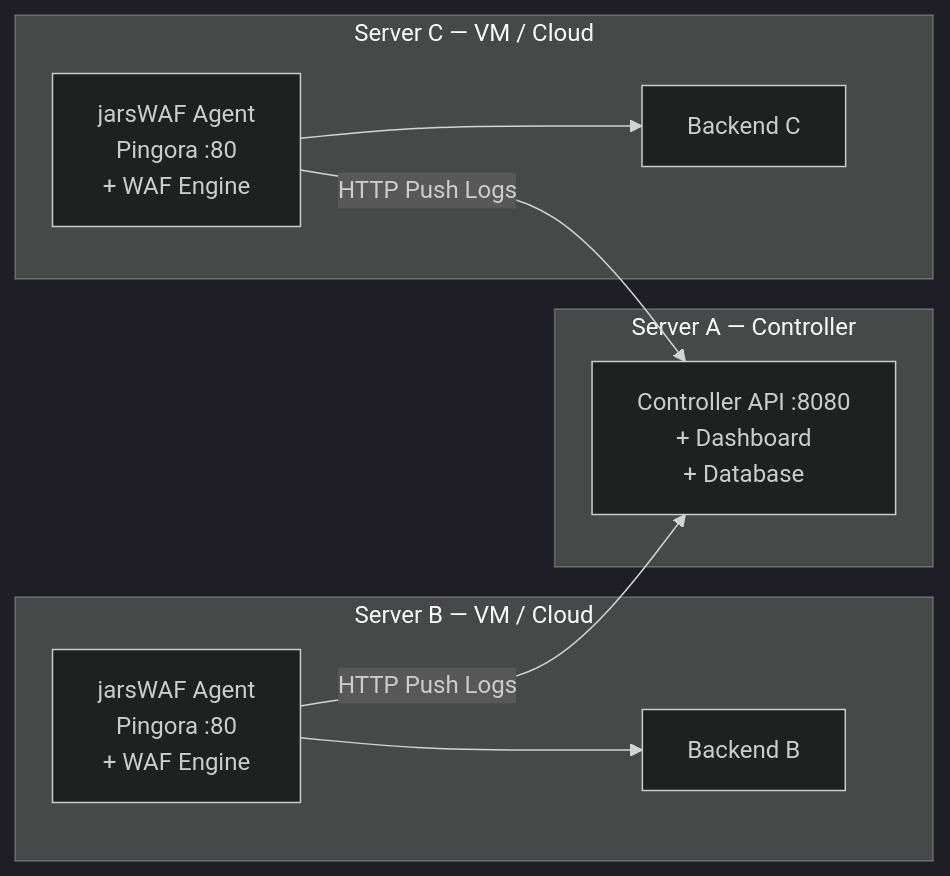
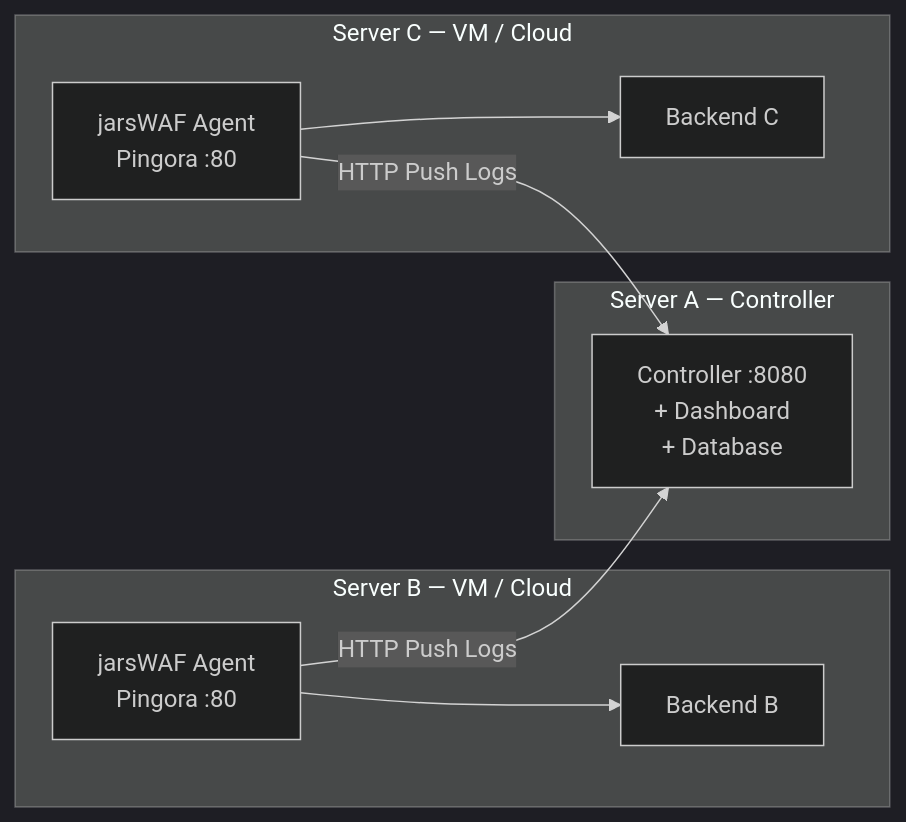
Before and after one commit to Azhar457/jarswaf: the third of 3 diagrams in README.md, drawn with Mermaid (dark theme). The commit also changed other lines of this file, not shown here.

Commit message:
fix: Mermaid syntax — use quoted labels + <br> instead of <br/>

````diff
--- a/README.md
+++ b/README.md
@@ -121,17 +121,17 @@
 ```mermaid
 flowchart LR
-    subgraph Host_A[Server A — Controller]
-        API[Controller API :8080<br/>+ Dashboard<br/>+ Database]
+    subgraph Host_A["Server A — Controller"]
+        API["Controller :8080<br>+ Dashboard<br>+ Database"]
     end
 
-    subgraph Host_B[Server B — VM / Cloud]
-        B[jarsWAF Agent<br/>Pingora :80<br/>+ WAF Engine] --> Backend_B[Backend B]
+    subgraph Host_B["Server B — VM / Cloud"]
+        B["jarsWAF Agent<br>Pingora :80"] --> Backend_B["Backend B"]
     end
 
-    subgraph Host_C[Server C — VM / Cloud]
-        C[jarsWAF Agent<br/>Pingora :80<br/>+ WAF Engine] --> Backend_C[Backend C]
+    subgraph Host_C["Server C — VM / Cloud"]
+        C["jarsWAF Agent<br>Pingora :80"] --> Backend_C["Backend C"]
     end
 
     B -- HTTP Push Logs --> API
     C -- HTTP Push Logs --> API
 ```
````
